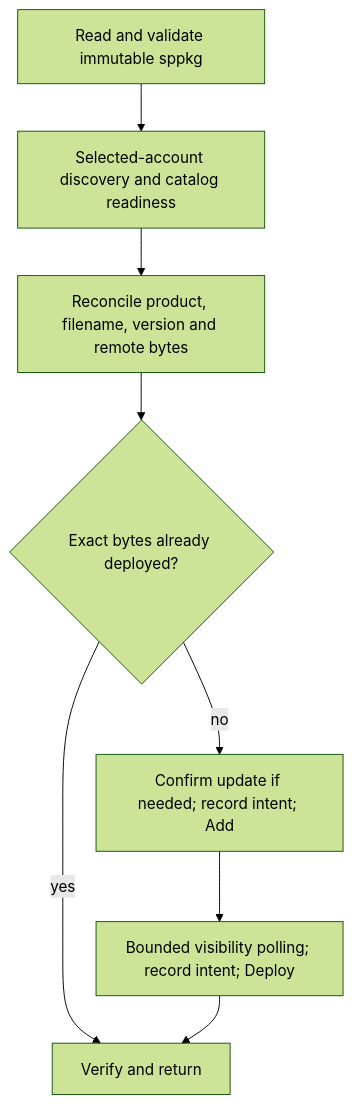
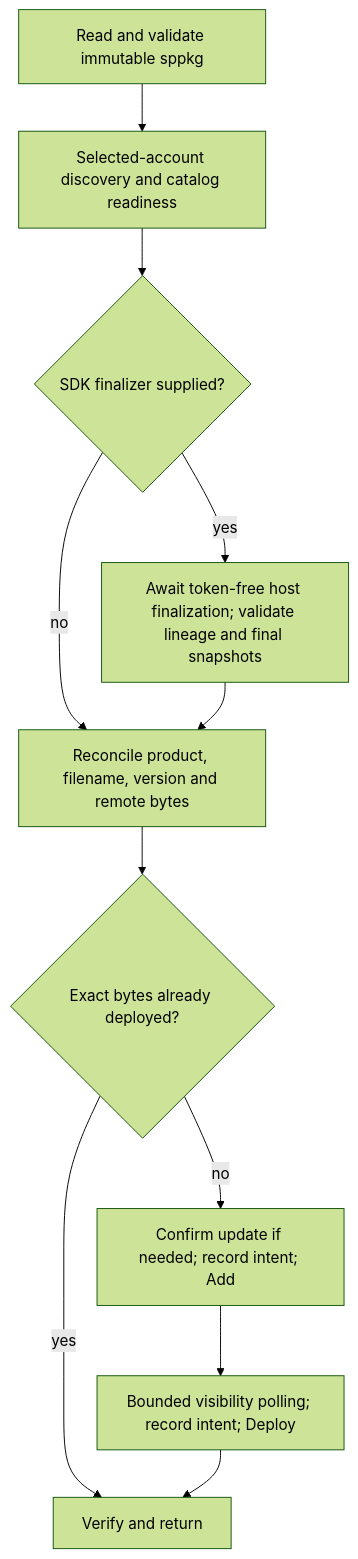
Before and after one commit to jansenbe/microsoft-365-agents-toolkit: the diagram in docs/03-specs/operations/publishing/sharepoint-package.md, drawn with Mermaid (forest theme). The commit also changed other lines of this file and 16 other files, not shown here.

````diff
--- a/docs/03-specs/operations/publishing/sharepoint-package.md
+++ b/docs/03-specs/operations/publishing/sharepoint-package.md
@@ -40,10 +80,13 @@
 ```mermaid
 flowchart TD
   A[Read and validate immutable sppkg] --> B[Selected-account discovery and catalog readiness]
-  B --> C[Reconcile product, filename, version and remote bytes]
+  B --> H{SDK finalizer supplied?}
+  H -->|yes| I[Await token-free host finalization; validate lineage and final snapshots]
+  H -->|no| C[Reconcile product, filename, version and remote bytes]
+  I --> C
   C --> D{Exact bytes already deployed?}
   D -->|yes| G[Verify and return]
   D -->|no| E[Confirm update if needed; record intent; Add]
   E --> F[Bounded visibility polling; record intent; Deploy]
   F --> G
 ```
````
